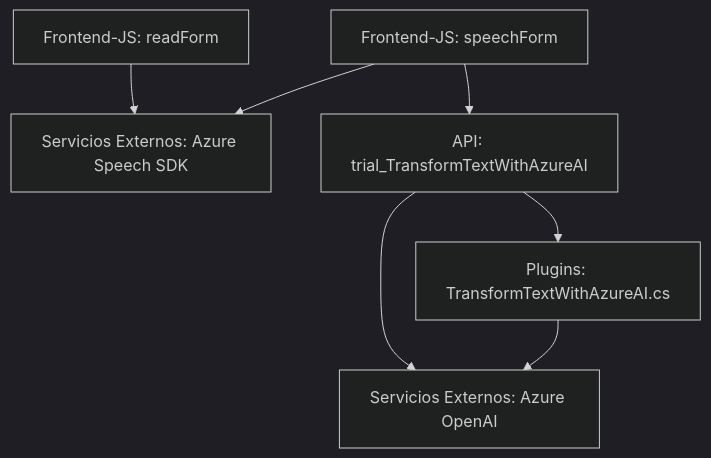
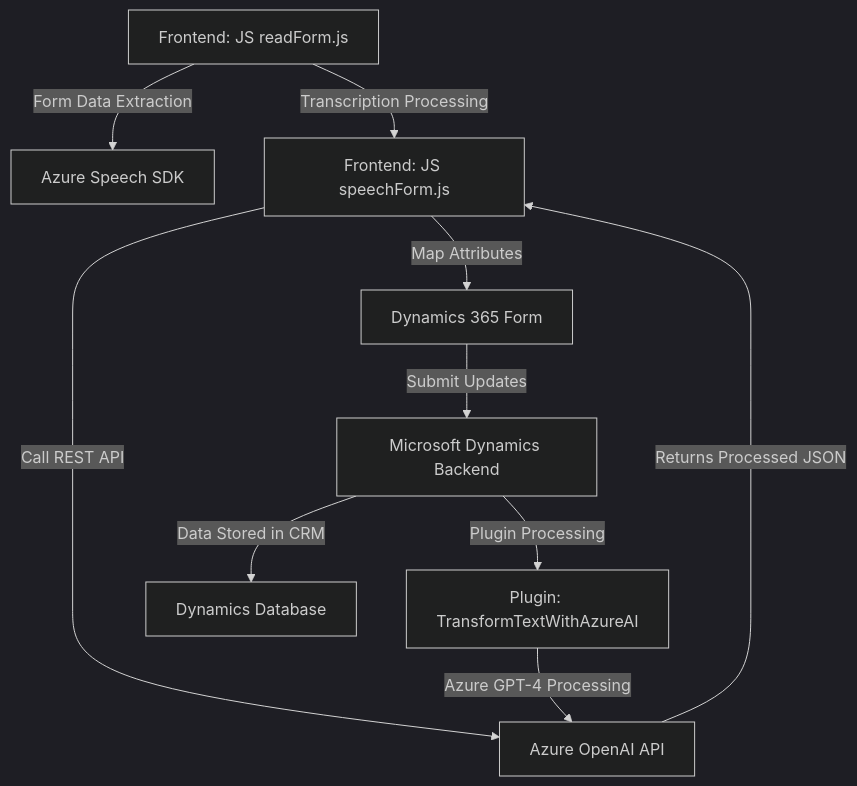
Before and after one commit to blopezdm/NETCORE_BILBAO2025: the diagram in README.md, drawn with Mermaid (dark theme). The commit also changed other lines of this file, not shown here.

````diff
--- a/README.md
+++ b/README.md
@@ -38,16 +30,12 @@
 ```mermaid
 graph TD
-    A["Frontend-JS: readForm"]
-    B["Frontend-JS: speechForm"]
-    C["Plugins: TransformTextWithAzureAI.cs"]
-    D["API: trial_TransformTextWithAzureAI"]
-    E["Servicios Externos: Azure Speech SDK"]
-    F["Servicios Externos: Azure OpenAI"]
-
-    A-->E
-    B-->E
-    B-->D
-    D-->F
-    C-->F
-    D-->C
+    A["Frontend: JS readForm.js"] --Form Data Extraction--> B["Azure Speech SDK"]
+    A --Transcription Processing--> C["Frontend: JS speechForm.js"]
+    C --Call REST API--> D["Azure OpenAI API"]
+    D --Returns Processed JSON--> C
+    C --Map Attributes--> E["Dynamics 365 Form"]
+    E --Submit Updates--> F["Microsoft Dynamics Backend"]
+    F --Plugin Processing--> G["Plugin: TransformTextWithAzureAI"]
+    G --Azure GPT-4 Processing--> D
+    F --Data Stored in CRM--> H["Dynamics Database"]
 ```
````
